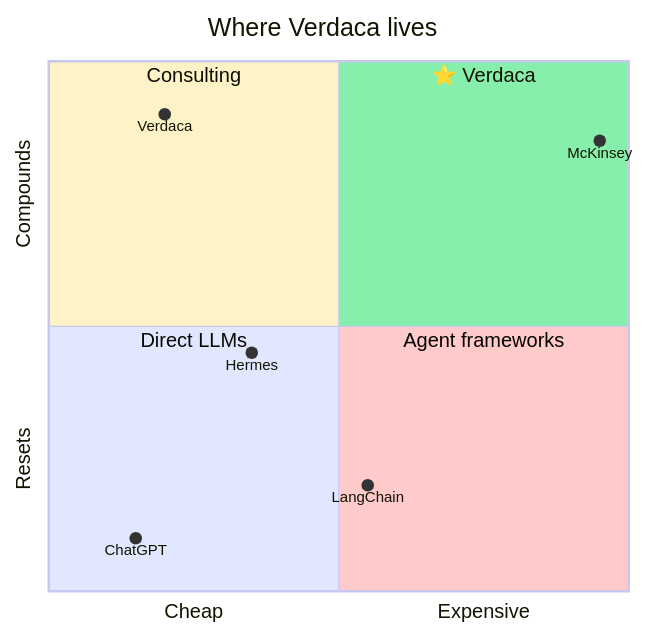
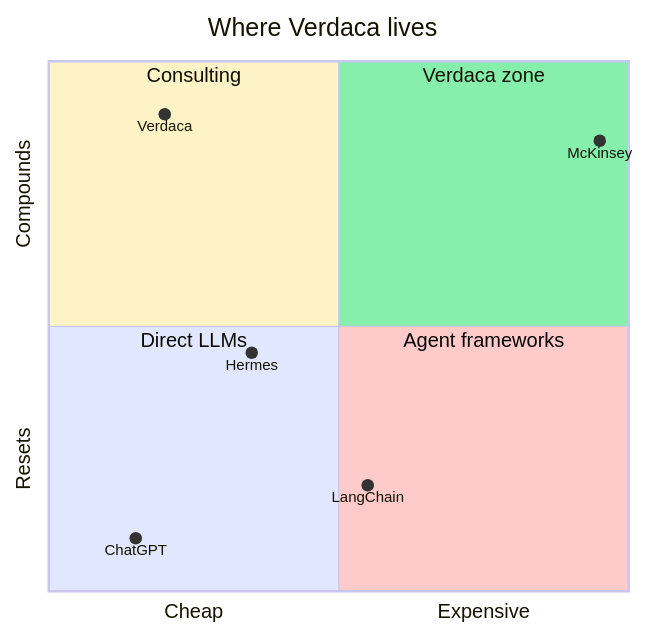
The first of 13 diagrams in docs/architecture-diagrams.md (verdaca/VERDACA), drawn with Mermaid before and after one commit. The commit also changed other lines of this file, not shown here.

Commit message:
docs: fix Diagram 1 parser error + uniform font config for 3/6/12
- Diagram 1 was rendering as 'Lexical error on line 5' due to unicode
  star emoji breaking the quadrantChart parser. Renamed quadrant-1
  label to 'Verdaca zone'; added quotes around all point names for
  parser robustness across mermaid versions
- Diagrams 3, 6, 12 had identical fontSize directive but rendered
  inconsistently in IDE preview. Switched to explicit theme='base' +
  expanded themeVariables (fontSize 20px, primaryColor, primaryTextColor,
  lineColor, nodeBorder) which mermaid renderers honor more reliably.
  All three now use byte-identical init line — guaranteed visual parity

````diff
--- a/docs/architecture-diagrams.md
+++ b/docs/architecture-diagrams.md
@@ -42,16 +42,16 @@
 ```mermaid
 %%{init: {'themeVariables': {'fontSize': '18px', 'quadrant1Fill': '#86efac', 'quadrant2Fill': '#fef3c7', 'quadrant3Fill': '#e0e7ff', 'quadrant4Fill': '#fecaca'}}}%%
 quadrantChart
     title Where Verdaca lives
     x-axis Cheap --> Expensive
     y-axis Resets --> Compounds
-    quadrant-1 ⭐ Verdaca
+    quadrant-1 Verdaca zone
     quadrant-2 Consulting
     quadrant-3 Direct LLMs
     quadrant-4 Agent frameworks
-    ChatGPT: [0.15, 0.10]
-    LangChain: [0.55, 0.20]
-    Hermes: [0.35, 0.45]
-    McKinsey: [0.95, 0.85]
-    Verdaca: [0.20, 0.90]
+    "ChatGPT": [0.15, 0.10]
+    "LangChain": [0.55, 0.20]
+    "Hermes": [0.35, 0.45]
+    "McKinsey": [0.95, 0.85]
+    "Verdaca": [0.20, 0.90]
 ```
````
